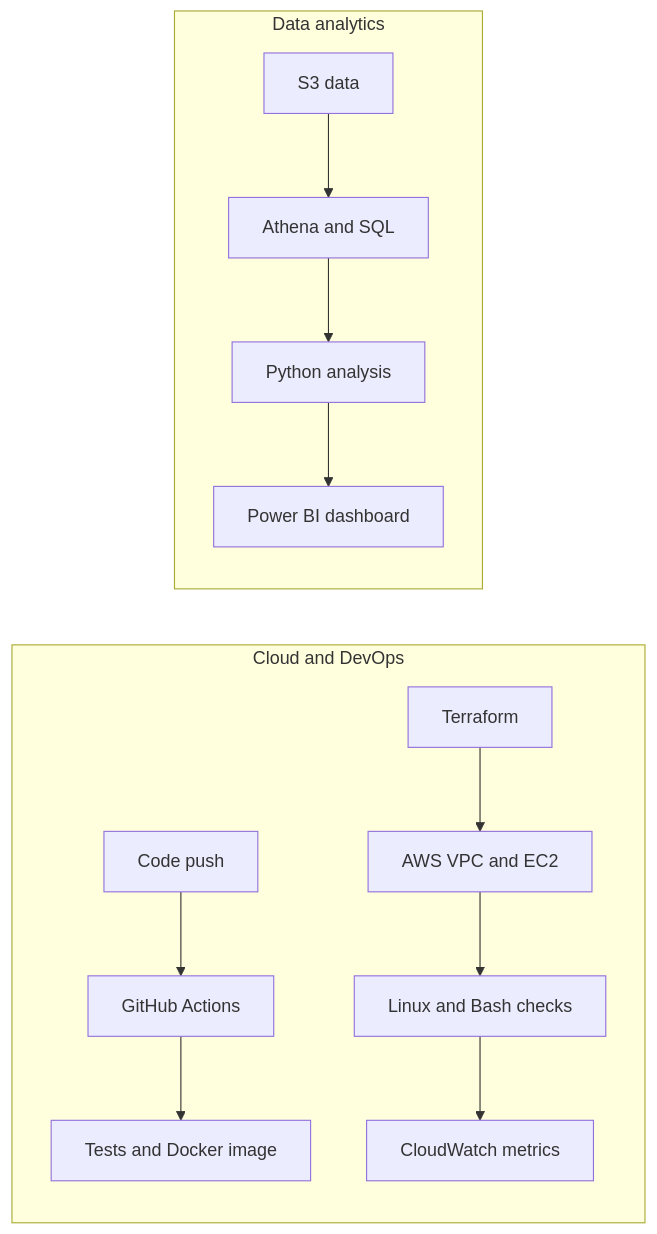
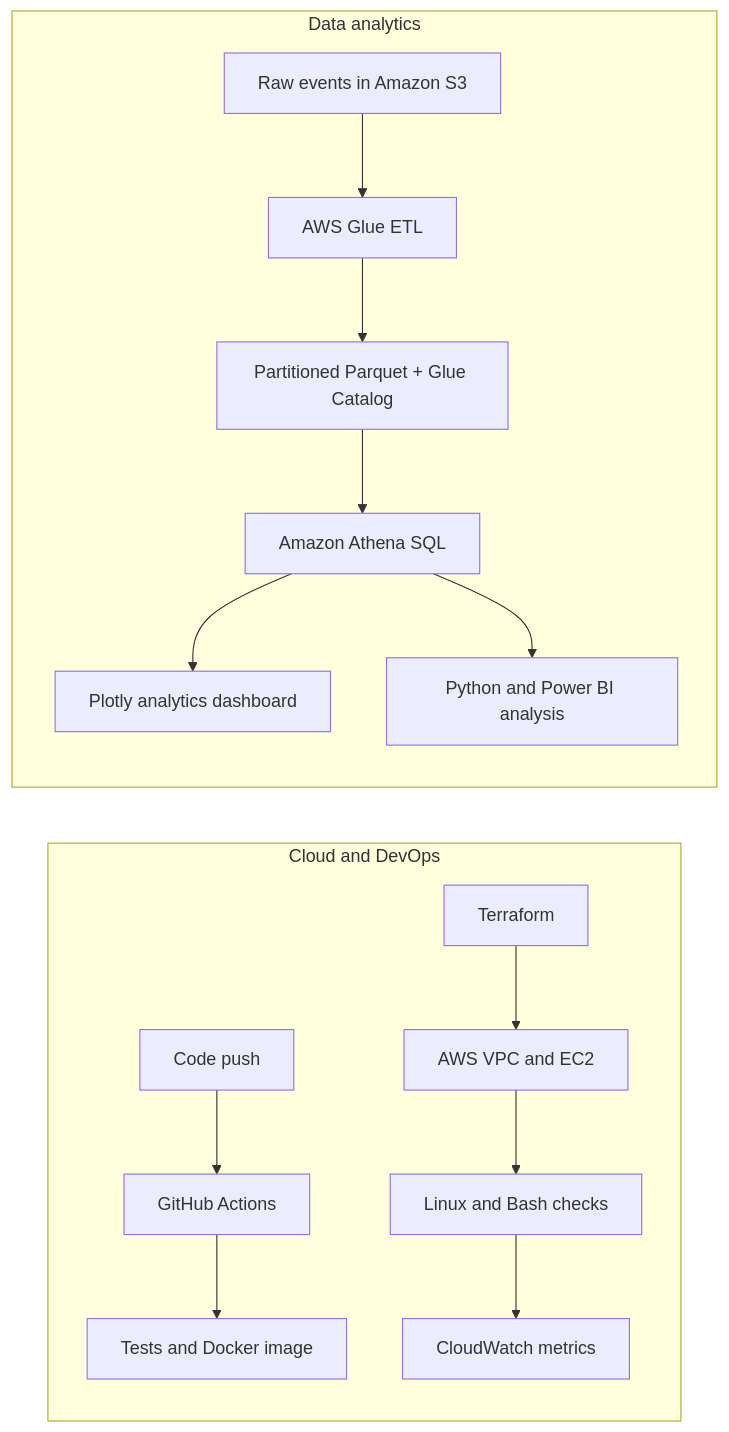
The diagram in README.md (mohitchoudhary666/mohitchoudhary666), drawn with Mermaid before and after one commit. The commit also changed other lines of this file, not shown here.

Commit message:
Add AWS event analytics lakehouse to profile

````diff
--- a/README.md
+++ b/README.md
@@ -20,15 +20,17 @@
 ```mermaid
 flowchart LR
     subgraph DevOps[Cloud and DevOps]
         A[Terraform] --> B[AWS VPC and EC2]
         C[Code push] --> D[GitHub Actions]
         D --> E[Tests and Docker image]
         B --> F[Linux and Bash checks]
         F --> G[CloudWatch metrics]
     end
     subgraph Analytics[Data analytics]
-        H[S3 data] --> I[Athena and SQL]
-        I --> J[Python analysis]
-        J --> K[Power BI dashboard]
+        H[Raw events in Amazon S3] --> I[AWS Glue ETL]
+        I --> J[Partitioned Parquet + Glue Catalog]
+        J --> K[Amazon Athena SQL]
+        K --> L[Plotly analytics dashboard]
+        K --> M[Python and Power BI analysis]
     end
 ```
````
